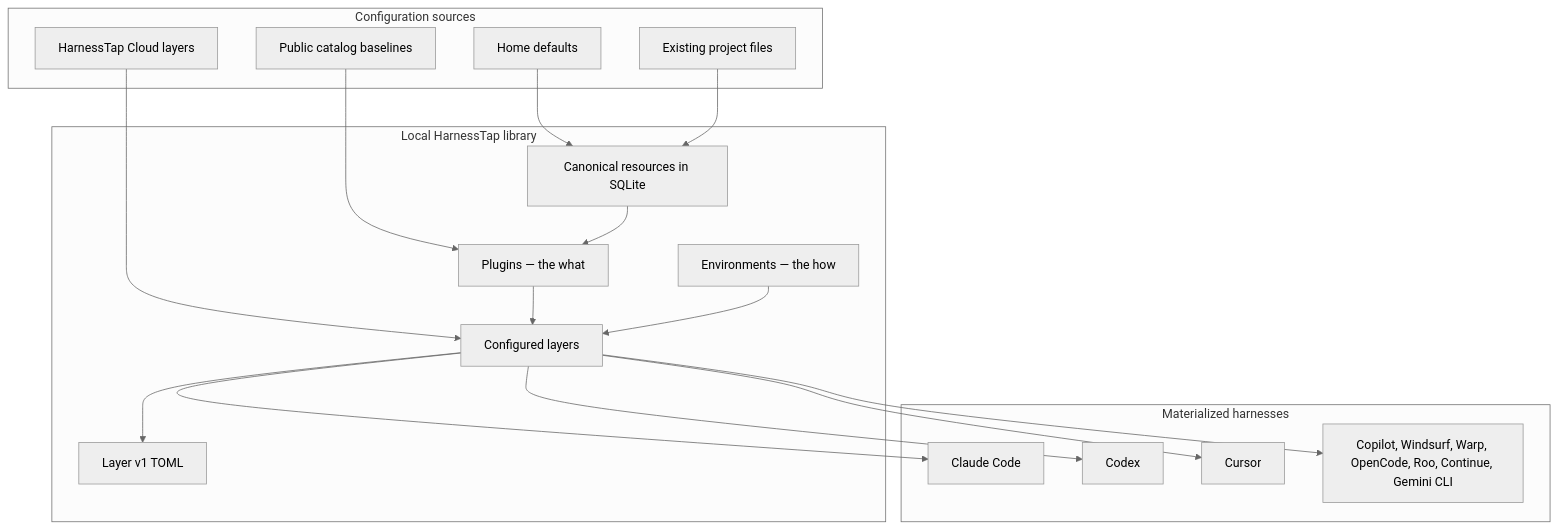
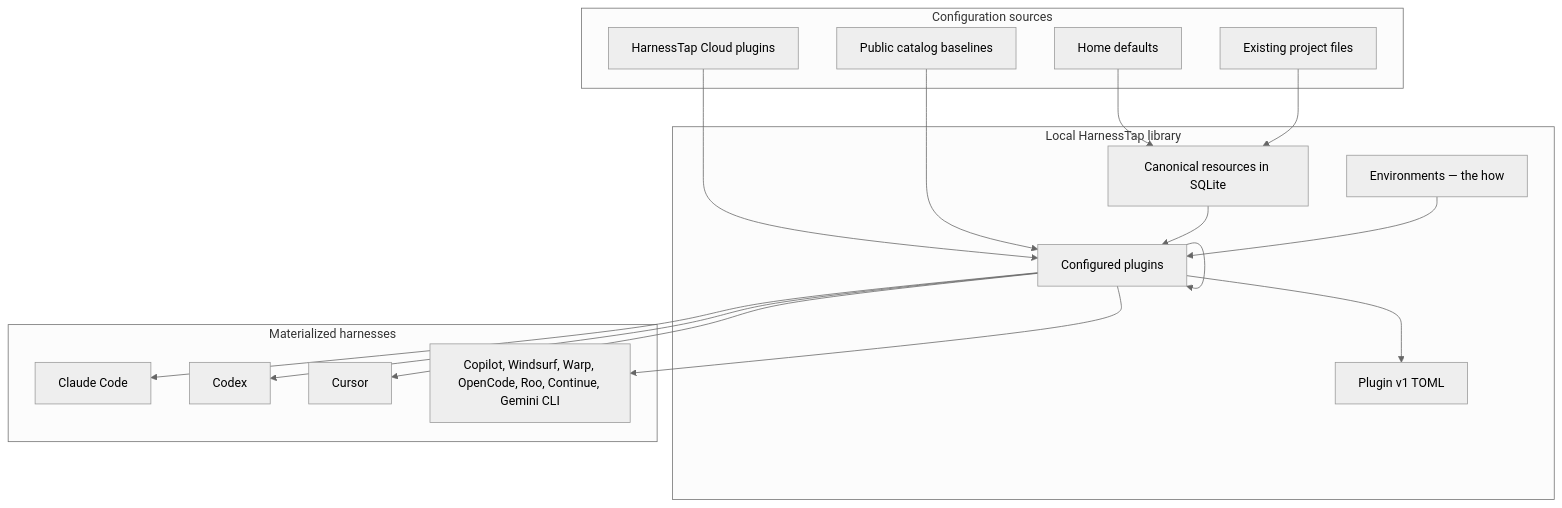
One commit to harnesstap/harnesstap changed the first of 3 diagrams in README.md. Above: the diagram before and after it, drawn with Mermaid (neutral theme). The commit also changed other lines of this file and 69 other files, not shown here.

Commit message:
docs: rename layer to plugin across docs, scenarios, and root files

````diff
--- a/README.md
+++ b/README.md
@@ -215,37 +215,37 @@
 ```mermaid
 flowchart TB
   subgraph Sources[Configuration sources]
     Home[Home defaults]
     Repo[Existing project files]
-    Cloud[HarnessTap Cloud layers]
+    Cloud[HarnessTap Cloud plugins]
     BuiltIn[Public catalog baselines]
   end
 
   subgraph Library[Local HarnessTap library]
     Resources[Canonical resources in SQLite]
     Plugins[Plugins — the what]
     Envs[Environments — the how]
-    Layers[Configured layers]
-    Bundles[Layer v1 TOML]
+    Plugins[Configured plugins]
+    Bundles[Plugin v1 TOML]
   end
 
   subgraph Targets[Materialized harnesses]
     Claude[Claude Code]
     Codex[Codex]
     Cursor[Cursor]
     Generic[Copilot, Windsurf, Warp, OpenCode, Roo, Continue, Gemini CLI]
   end
 
   Home --> Resources
   Repo --> Resources
-  Cloud --> Layers
+  Cloud --> Plugins
   BuiltIn --> Plugins
   Resources --> Plugins
-  Plugins --> Layers
-  Envs --> Layers
-  Layers --> Bundles
-  Layers --> Claude
-  Layers --> Codex
-  Layers --> Cursor
-  Layers --> Generic
+  Plugins --> Plugins
+  Envs --> Plugins
+  Plugins --> Bundles
+  Plugins --> Claude
+  Plugins --> Codex
+  Plugins --> Cursor
+  Plugins --> Generic
 ```
````
